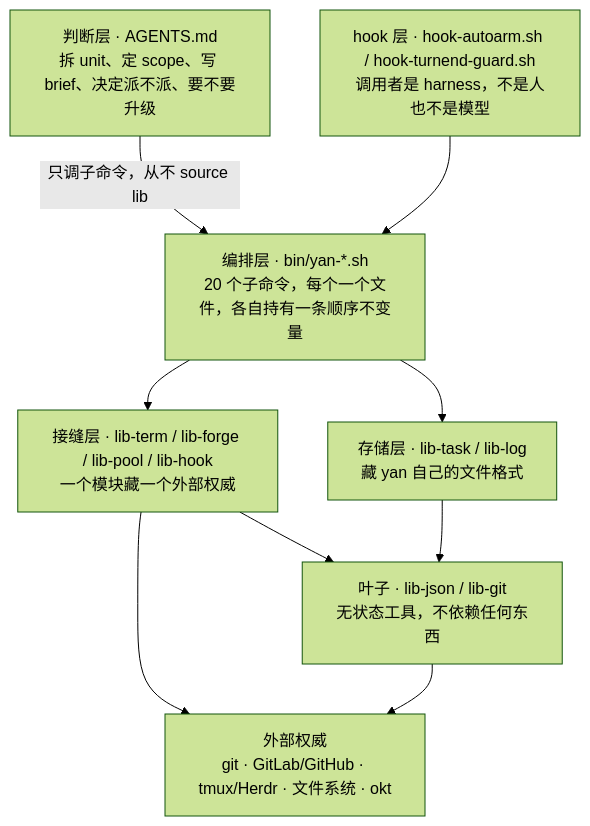
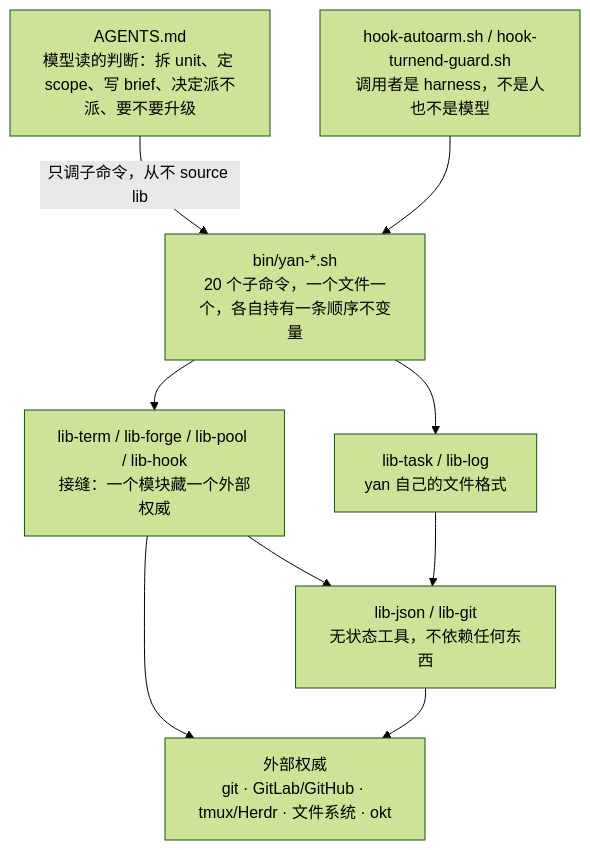
One commit to BoLiDev/Yan changed the diagram in docs/architecture.md. Above: the diagram before and after it, drawn with Mermaid (forest theme). The commit also changed other lines of this file and 6 other files, not shown here.

````diff
--- a/docs/architecture.md
+++ b/docs/architecture.md
@@ -26,19 +27,19 @@
 ```mermaid
 graph TD
-    A["判断层 · AGENTS.md<br/>拆 unit、定 scope、写 brief、决定派不派、要不要升级"]
-    B["编排层 · bin/yan-*.sh<br/>20 个子命令，每个一个文件，各自持有一条顺序不变量"]
-    H["hook 层 · hook-autoarm.sh / hook-turnend-guard.sh<br/>调用者是 harness，不是人也不是模型"]
-    C["接缝层 · lib-term / lib-forge / lib-pool / lib-hook<br/>一个模块藏一个外部权威"]
-    D["存储层 · lib-task / lib-log<br/>藏 yan 自己的文件格式"]
-    E["叶子 · lib-json / lib-git<br/>无状态工具，不依赖任何东西"]
+    A["AGENTS.md<br/>模型读的判断：拆 unit、定 scope、写 brief、决定派不派、要不要升级"]
+    B["bin/yan-*.sh<br/>20 个子命令，一个文件一个，各自持有一条顺序不变量"]
+    H["hook-autoarm.sh / hook-turnend-guard.sh<br/>调用者是 harness，不是人也不是模型"]
+    C["lib-term / lib-forge / lib-pool / lib-hook<br/>接缝：一个模块藏一个外部权威"]
+    D["lib-task / lib-log<br/>yan 自己的文件格式"]
+    E["lib-json / lib-git<br/>无状态工具，不依赖任何东西"]
     F["外部权威<br/>git · GitLab/GitHub · tmux/Herdr · 文件系统 · okt"]
 
     A -->|"只调子命令，从不 source lib"| B
     H --> B
     B --> C
     B --> D
     C --> E
     D --> E
     C --> F
     E --> F
 ```
````
